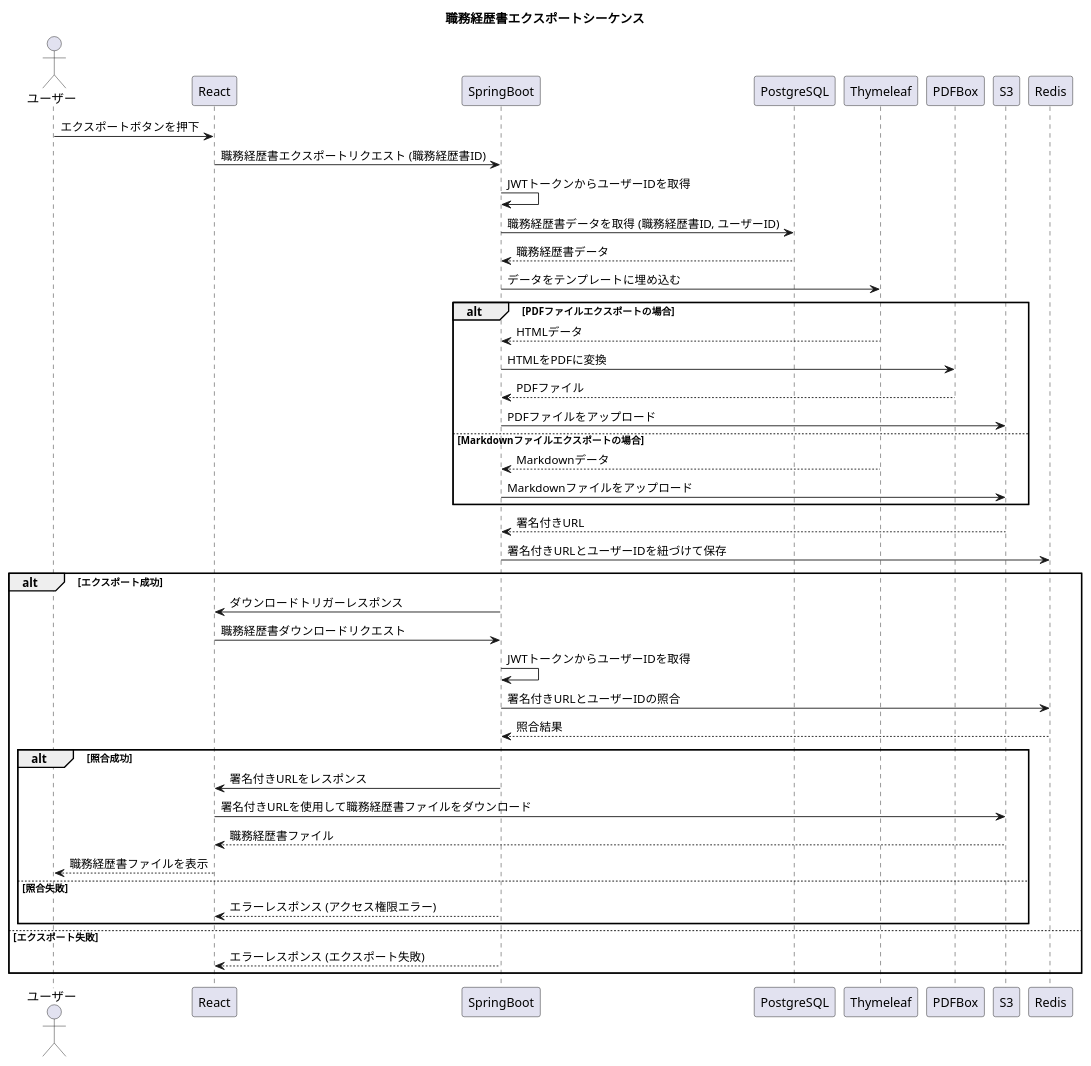
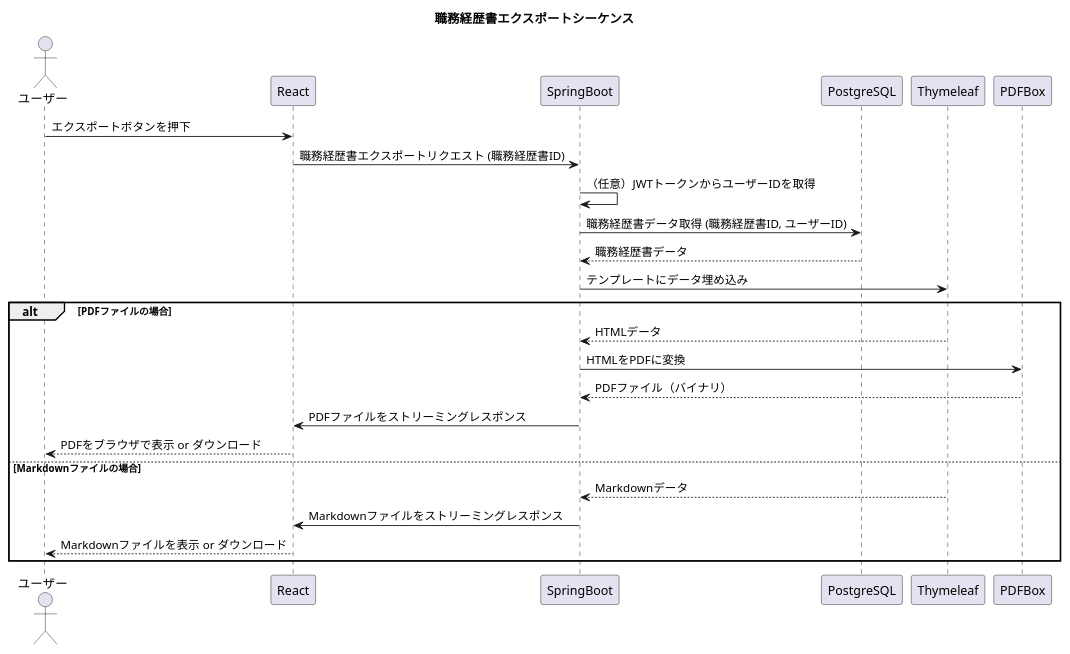
One commit to DogisRiki/KeirekiPro changed the diagram in doc/シーケンス図/職務経歴書エクスポートシーケンス.pu. Above: the diagram before and after it, drawn with PlantUML.

Commit message:
docs: 職務経歴書エクスポートシーケンス修正
Changes:
S3の署名付きURLを返すのではなく、ファイルをストリーミングレスポンスとして返すように変更

Reason:
署名付きURLが盗まれてしまうと外部からアクセスが可能となってしまうため。

BREAKING CHANGE: N/A
Related: N/A
Refs: #14

```diff
--- a/doc/シーケンス図/職務経歴書エクスポートシーケンス.pu
+++ b/doc/シーケンス図/職務経歴書エクスポートシーケンス.pu
@@ -1,51 +1,30 @@
 @startuml 職務経歴書エクスポートシーケンス
-
 title 職務経歴書エクスポートシーケンス
 
 actor ユーザー
 participant React
 participant SpringBoot
 participant PostgreSQL
 participant Thymeleaf
 participant PDFBox
-participant S3
-participant Redis
 
 ユーザー -> React: エクスポートボタンを押下
 React -> SpringBoot: 職務経歴書エクスポートリクエスト (職務経歴書ID)
-SpringBoot -> SpringBoot: JWTトークンからユーザーIDを取得
-SpringBoot -> PostgreSQL: 職務経歴書データを取得 (職務経歴書ID, ユーザーID)
+SpringBoot -> SpringBoot: （任意）JWTトークンからユーザーIDを取得
+SpringBoot -> PostgreSQL: 職務経歴書データ取得 (職務経歴書ID, ユーザーID)
 PostgreSQL --> SpringBoot: 職務経歴書データ
-SpringBoot -> Thymeleaf: データをテンプレートに埋め込む
+SpringBoot -> Thymeleaf: テンプレートにデータ埋め込み
 
-alt PDFファイルエクスポートの場合
+alt PDFファイルの場合
     Thymeleaf --> SpringBoot: HTMLデータ
     SpringBoot -> PDFBox: HTMLをPDFに変換
-    PDFBox --> SpringBoot: PDFファイル
-    SpringBoot -> S3: PDFファイルをアップロード
-else Markdownファイルエクスポートの場合
+    PDFBox --> SpringBoot: PDFファイル（バイナリ）
+    SpringBoot -> React: PDFファイルをストリーミングレスポンス
+    React --> ユーザー: PDFをブラウザで表示 or ダウンロード
+else Markdownファイルの場合
     Thymeleaf --> SpringBoot: Markdownデータ
-    SpringBoot -> S3: Markdownファイルをアップロード
-end
-
-S3 --> SpringBoot: 署名付きURL
-SpringBoot -> Redis: 署名付きURLとユーザーIDを紐づけて保存
-alt エクスポート成功
-    SpringBoot -> React: ダウンロードトリガーレスポンス
-    React -> SpringBoot: 職務経歴書ダウンロードリクエスト
-    SpringBoot -> SpringBoot: JWTトークンからユーザーIDを取得
-    SpringBoot -> Redis: 署名付きURLとユーザーIDの照合
-    Redis --> SpringBoot: 照合結果
-    alt 照合成功
-        SpringBoot -> React: 署名付きURLをレスポンス
-        React -> S3: 署名付きURLを使用して職務経歴書ファイルをダウンロード
-        S3 --> React: 職務経歴書ファイル
-        React --> ユーザー: 職務経歴書ファイルを表示
-    else 照合失敗
-        SpringBoot --> React: エラーレスポンス (アクセス権限エラー)
-    end
-else エクスポート失敗
-    SpringBoot --> React: エラーレスポンス (エクスポート失敗)
+    SpringBoot -> React: Markdownファイルをストリーミングレスポンス
+    React --> ユーザー: Markdownファイルを表示 or ダウンロード
 end
 
 @enduml
```
